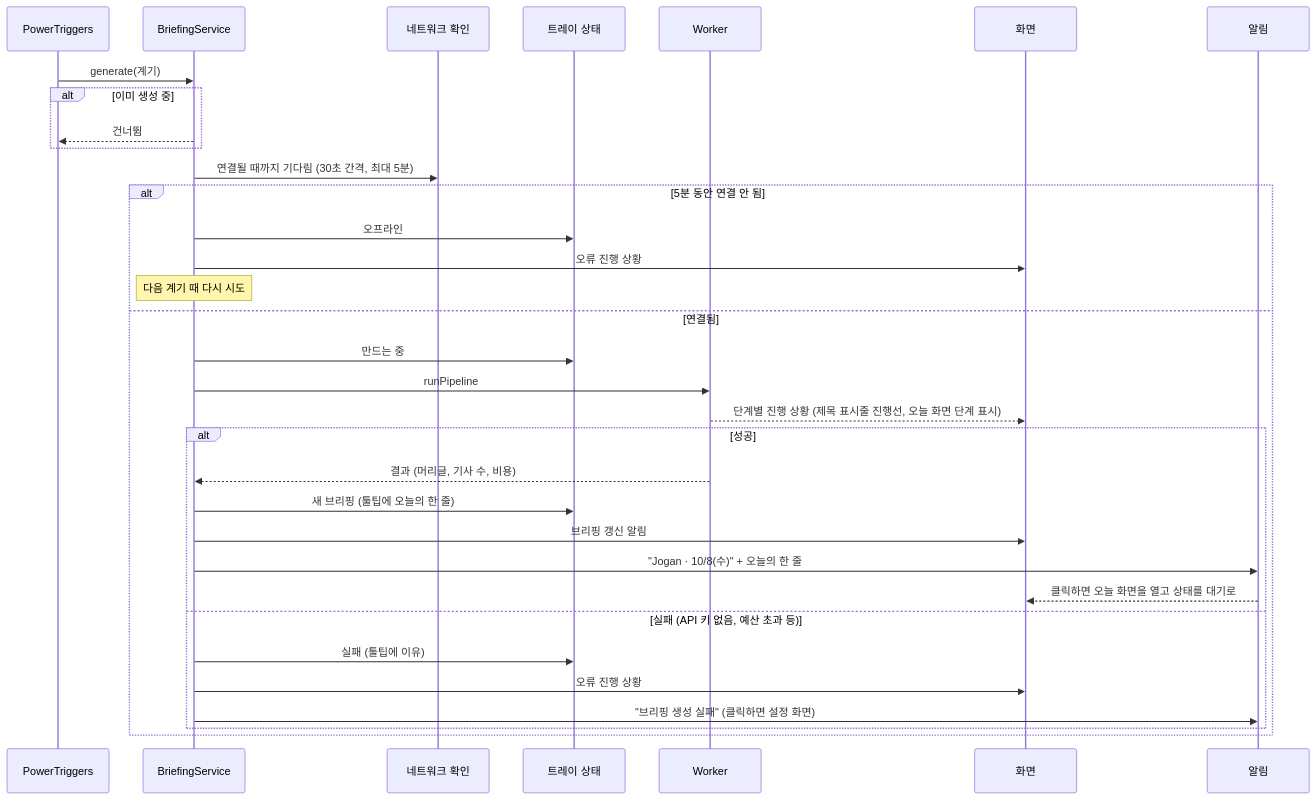
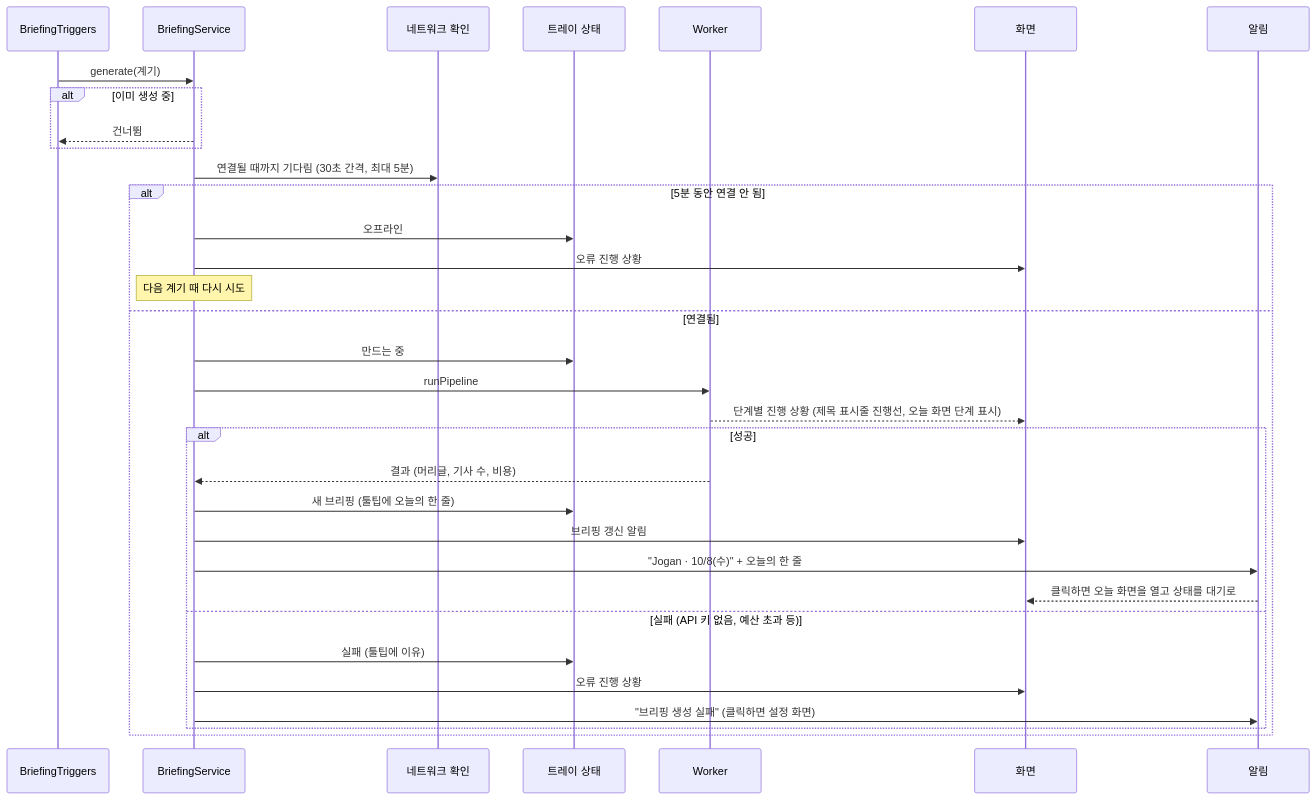
Before and after one commit to EPIGEXE/jogan-news: the eighth of 13 diagrams in docs/README.md, drawn with Mermaid. The commit also changed other lines of this file and 80 other files, not shown here.

````diff
--- a/docs/README.md
+++ b/docs/README.md
@@ -491,35 +491,35 @@
 ```mermaid
 sequenceDiagram
-  participant T as PowerTriggers
+  participant T as BriefingTriggers
   participant B as BriefingService
   participant N as 네트워크 확인
   participant S as 트레이 상태
   participant W as Worker
   participant R as 화면
   participant A as 알림
   T->>B: generate(계기)
   alt 이미 생성 중
     B-->>T: 건너뜀
   end
   B->>N: 연결될 때까지 기다림 (30초 간격, 최대 5분)
   alt 5분 동안 연결 안 됨
     B->>S: 오프라인
     B->>R: 오류 진행 상황
     Note over B: 다음 계기 때 다시 시도
   else 연결됨
     B->>S: 만드는 중
     B->>W: runPipeline
     W-->>R: 단계별 진행 상황 (제목 표시줄 진행선, 오늘 화면 단계 표시)
     alt 성공
       W-->>B: 결과 (머리글, 기사 수, 비용)
       B->>S: 새 브리핑 (툴팁에 오늘의 한 줄)
       B->>R: 브리핑 갱신 알림
       B->>A: "Jogan · 10/8(수)" + 오늘의 한 줄
       A-->>R: 클릭하면 오늘 화면을 열고 상태를 대기로
     else 실패 (API 키 없음, 예산 초과 등)
       B->>S: 실패 (툴팁에 이유)
       B->>R: 오류 진행 상황
       B->>A: "브리핑 생성 실패" (클릭하면 설정 화면)
     end
   end
 ```
````
